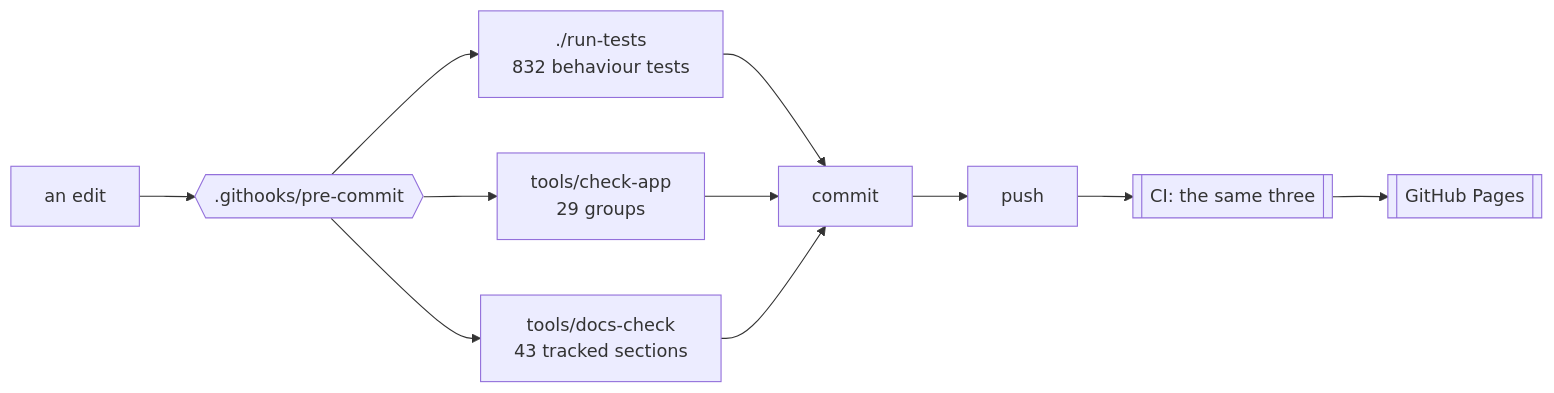
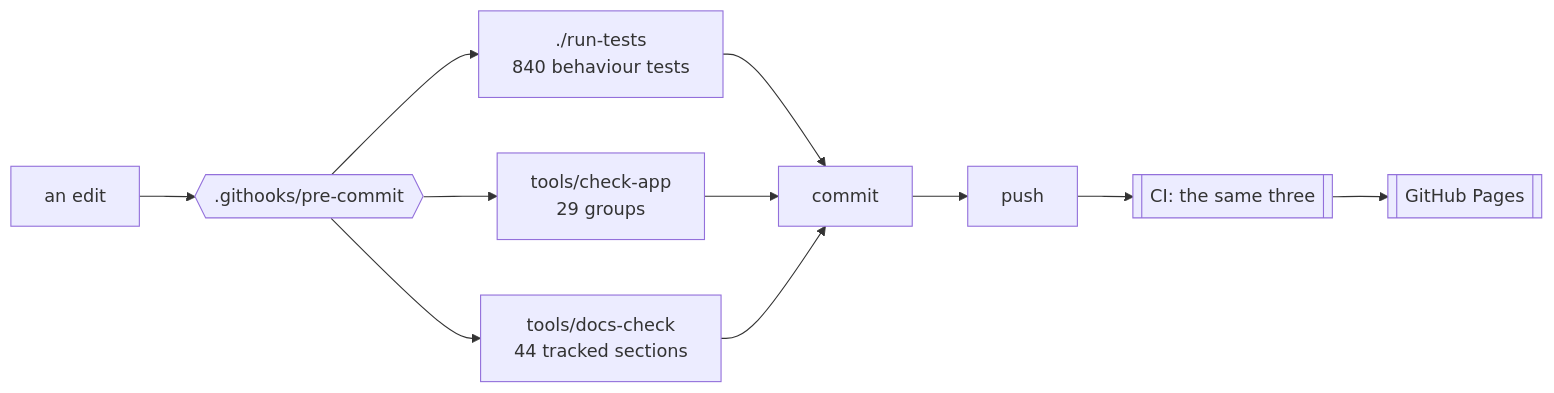
The first of 2 diagrams in docs/DEVELOPING.md (minormending/crystal-pilot-mobile), drawn with Mermaid before and after one commit. The commit also changed other lines of this file and 2 other files, not shown here.

First line of the commit message:
Tests for the card, and a fake cartridge that can be short of a table

````diff
--- a/docs/DEVELOPING.md
+++ b/docs/DEVELOPING.md
@@ -15,12 +15,12 @@
 ```mermaid
 flowchart LR
     E[an edit] --> H{{".githooks/pre-commit"}}
-    H --> T["./run-tests<br/>832 behaviour tests"]
+    H --> T["./run-tests<br/>840 behaviour tests"]
     H --> C["tools/check-app<br/>29 groups"]
-    H --> D["tools/docs-check<br/>43 tracked sections"]
+    H --> D["tools/docs-check<br/>44 tracked sections"]
     T --> OK[commit]
     C --> OK
     D --> OK
     OK --> P[push] --> CI[["CI: the same three"]]
     CI --> PG[[GitHub Pages]]
 ```
````
